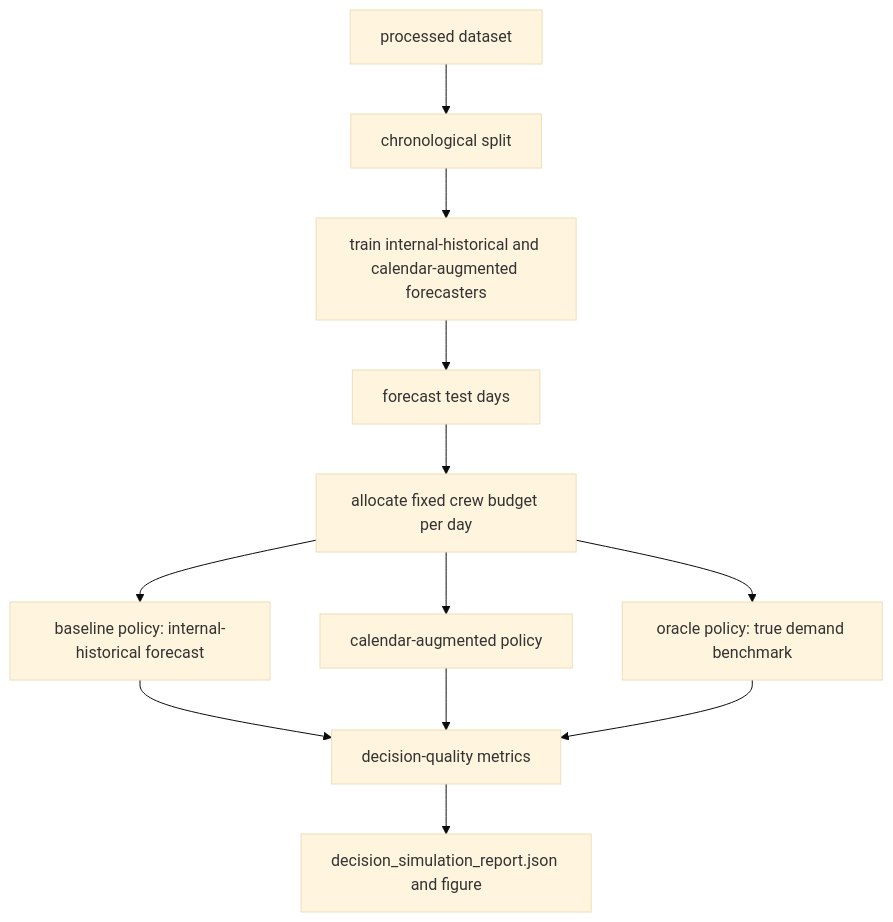
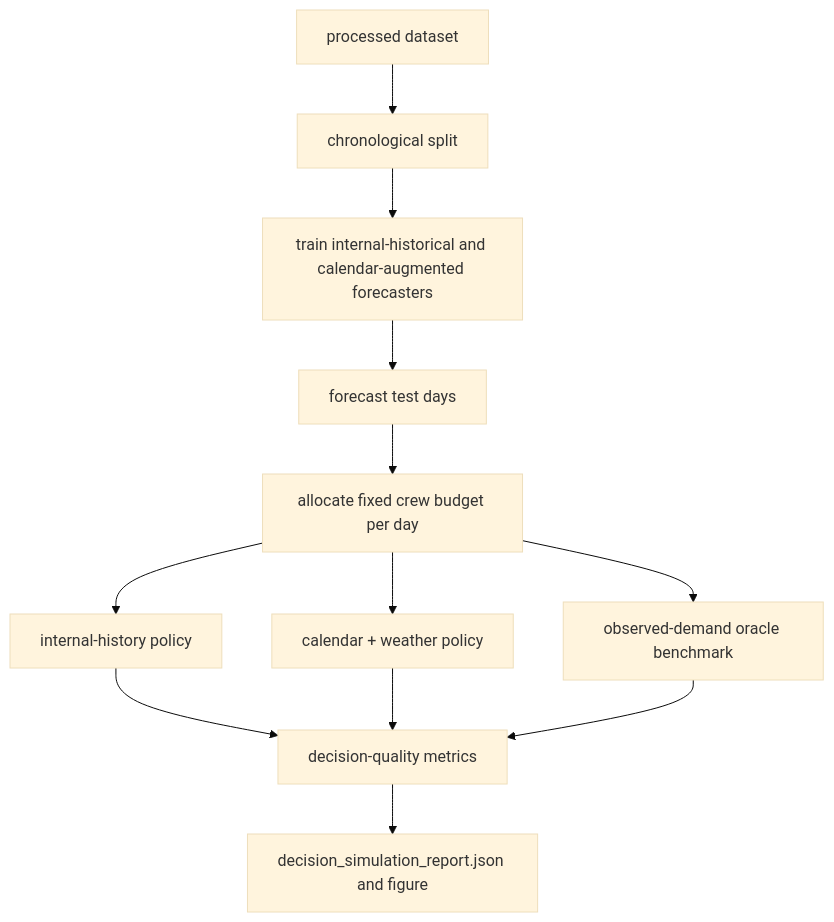
Before and after one commit to Nassar-Coding/Nassar-Coding.github.io: the third of 4 diagrams in public-signal-service-forecasting/docs/architecture.md, drawn with Mermaid (base theme). The commit also changed 52 other files, not shown here.

````diff
--- a/public-signal-service-forecasting/docs/architecture.md
+++ b/public-signal-service-forecasting/docs/architecture.md
@@ -61,14 +61,14 @@
 ```mermaid
 flowchart TD
     A[processed dataset] --> B[chronological split]
     B --> C[train internal-historical and calendar-augmented forecasters]
     C --> D[forecast test days]
     D --> E[allocate fixed crew budget per day]
-    E --> F[baseline policy: internal-historical forecast]
-    E --> G[calendar-augmented policy]
-    E --> H[oracle policy: true demand benchmark]
+    E --> F[internal-history policy]
+    E --> G[calendar + weather policy]
+    E --> H[observed-demand oracle benchmark]
     F --> I[decision-quality metrics]
     G --> I
     H --> I
     I --> J[decision_simulation_report.json and figure]
 ```
````
